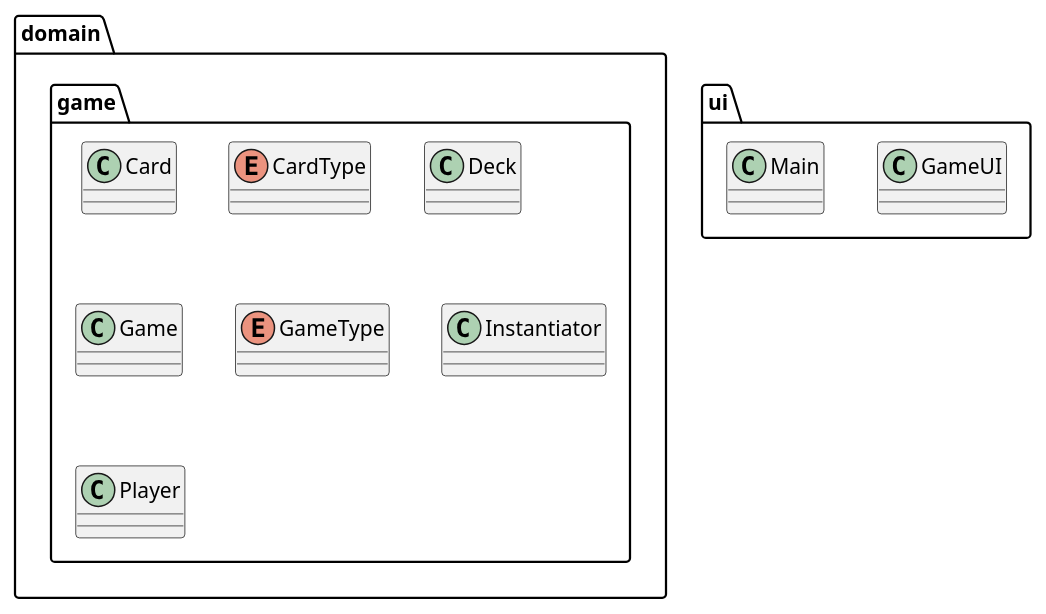
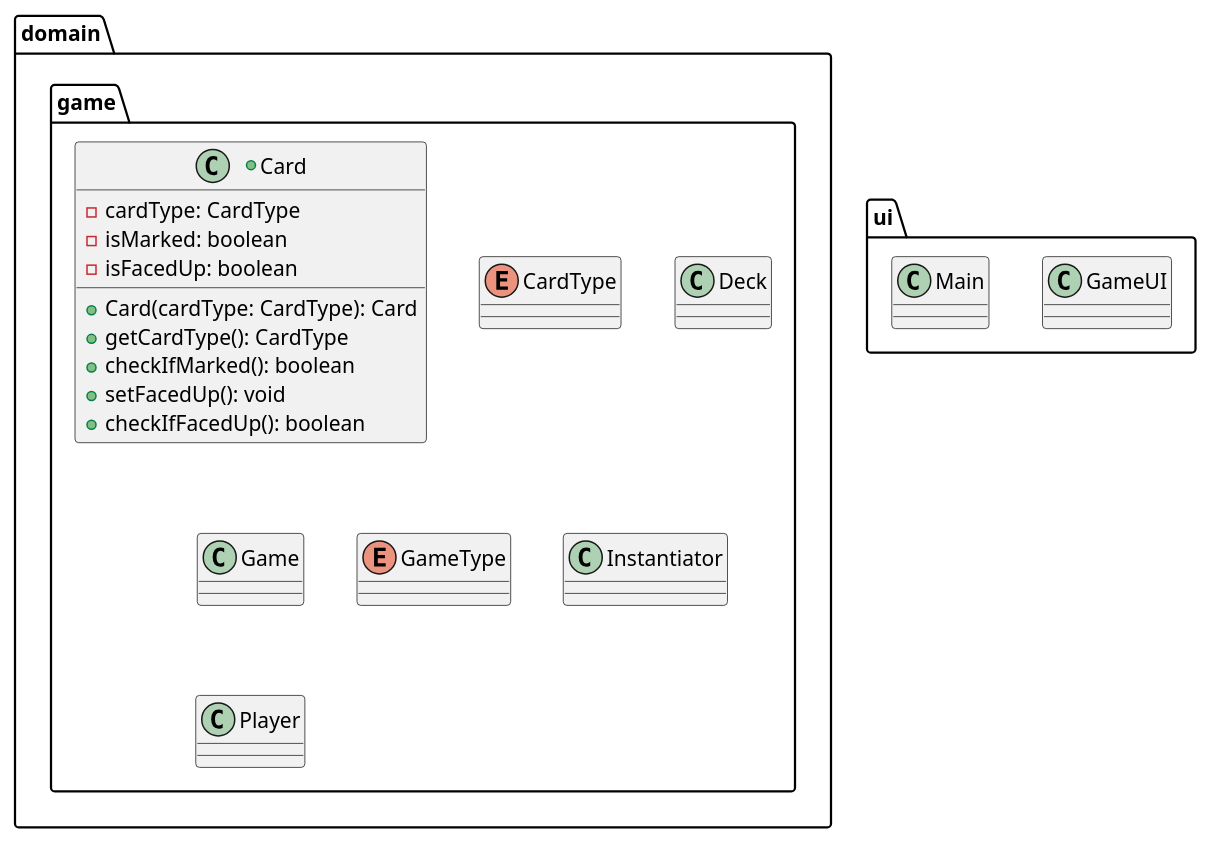
Before and after one commit to nu-cs-sw-design/project-20252601-exploding-cats: the diagram in docs/design/given-design.puml, drawn with PlantUML.

Commit message:
added variables and methods for Card class

```diff
--- a/docs/design/given-design.puml
+++ b/docs/design/given-design.puml
@@ -1,38 +1,47 @@
 @startuml
 
 package domain.game {
-    class Card {
+    +class Card {
+        -cardType: CardType
+        -isMarked: boolean
+        -isFacedUp: boolean
+
+        +Card(cardType: CardType): Card
+        +getCardType(): CardType
+        +checkIfMarked(): boolean
+        +setFacedUp(): void
+        +checkIfFacedUp(): boolean
     }
 
     enum CardType {
     }
 
     class Deck {
     }
 
     class Game {
     }
 
     enum GameType {
     }
 
     class Instantiator {
     }
 
     class Player {
     }
 }
 
 package ui {
     class GameUI {
     }
 
     class Main {
     }
 }
 
 'QUESTIONS:
 '-how to best represent the resource bundle? package? class?
 '-out of curiosity, are tests ever part of a design diagram?
 
 @enduml
```
